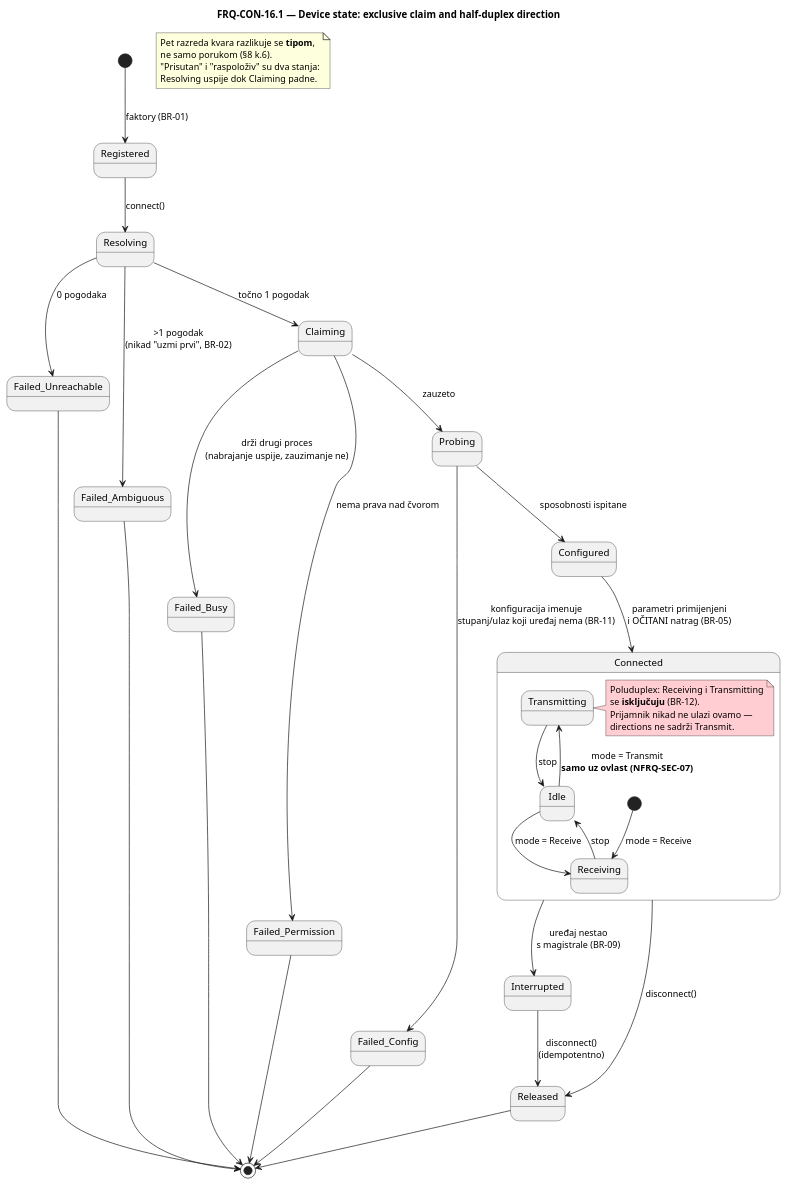
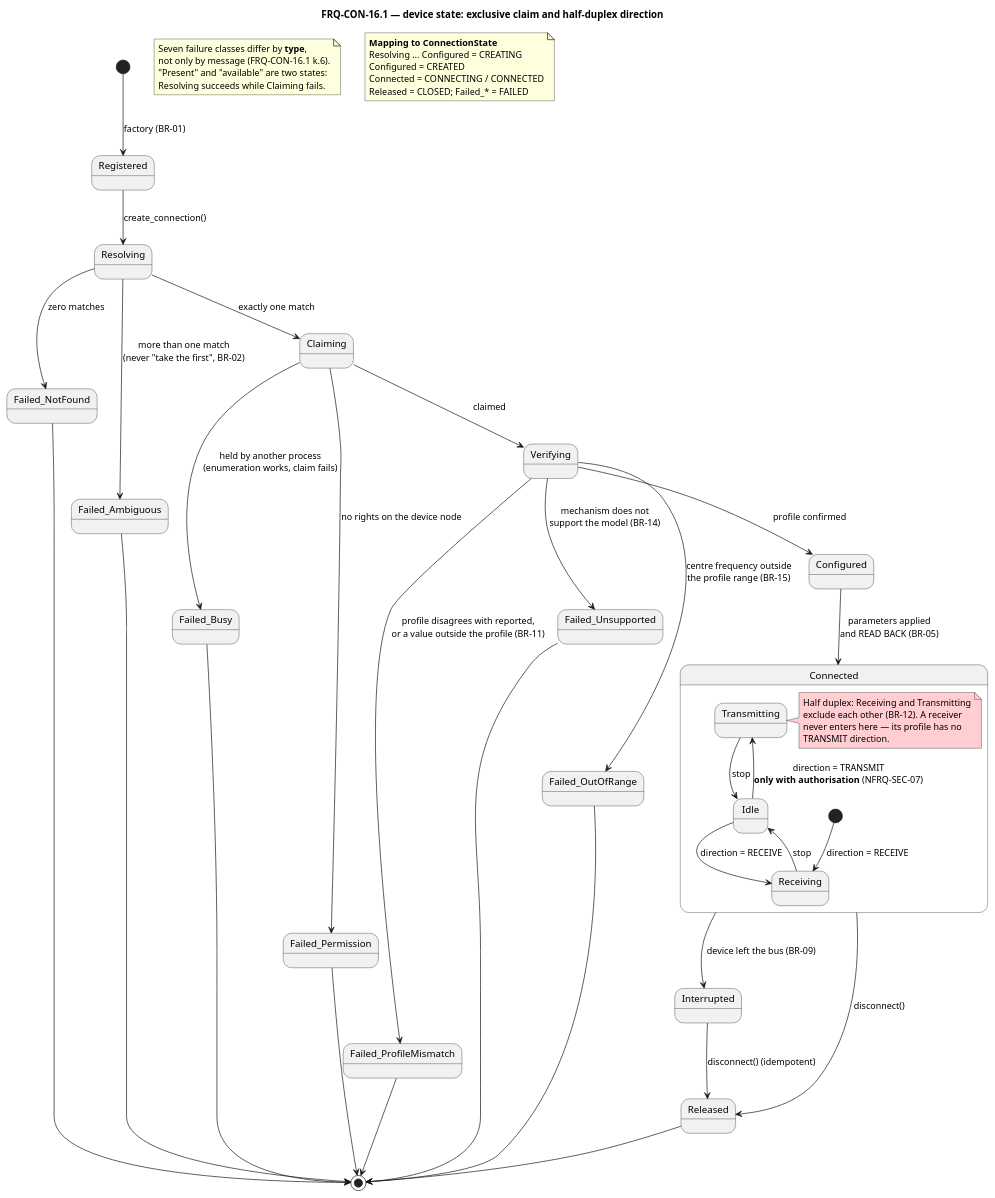
One commit to wattleflow/documentation changed the diagram in 02-FRQ/FRQ-CON-16.1-device-state.puml. Above: the diagram before and after it, drawn with PlantUML. The commit also changed 26 other files, not shown here.

```diff
--- a/02-FRQ/FRQ-CON-16.1-device-state.puml
+++ b/02-FRQ/FRQ-CON-16.1-device-state.puml
@@ -1,56 +1,68 @@
 @startuml FRQ-CON-16.1-device-state
 ' Stanje uređaja — zauzeće i smjer.
 ' Gledište: ponašanje. Publika: implementator, tester.
 ' Prikaz, ne izvor istine (D-13) — izvor je FRQ-CON-16.1 §5–§6.
-title FRQ-CON-16.1 — Device state: exclusive claim and half-duplex direction
+' Preslikavanje na ConnectionState temeljne konekcije je u bilješci N2.
+title FRQ-CON-16.1 — device state: exclusive claim and half-duplex direction
 
-[*] --> Registered : faktory (BR-01)
+[*] --> Registered : factory (BR-01)
 
-Registered --> Resolving : connect()
-Resolving --> Failed_Unreachable : 0 pogodaka
-Resolving --> Failed_Ambiguous   : >1 pogodak\n(nikad "uzmi prvi", BR-02)
-Resolving --> Claiming           : točno 1 pogodak
+Registered --> Resolving : create_connection()
+Resolving --> Failed_NotFound : zero matches
+Resolving --> Failed_Ambiguous : more than one match\n(never "take the first", BR-02)
+Resolving --> Claiming : exactly one match
 
-Claiming --> Failed_Busy       : drži drugi proces\n(nabrajanje uspije, zauzimanje ne)
-Claiming --> Failed_Permission : nema prava nad čvorom
-Claiming --> Probing           : zauzeto
+Claiming --> Failed_Busy : held by another process\n(enumeration works, claim fails)
+Claiming --> Failed_Permission : no rights on the device node
+Claiming --> Verifying : claimed
 
-Probing --> Failed_Config : konfiguracija imenuje\nstupanj/ulaz koji uređaj nema (BR-11)
-Probing --> Configured    : sposobnosti ispitane
+Verifying --> Failed_ProfileMismatch : profile disagrees with reported,\nor a value outside the profile (BR-11)
+Verifying --> Failed_Unsupported : mechanism does not\nsupport the model (BR-14)
+Verifying --> Failed_OutOfRange : centre frequency outside\nthe profile range (BR-15)
+Verifying --> Configured : profile confirmed
 
-Configured --> Connected : parametri primijenjeni\ni OČITANI natrag (BR-05)
+Configured --> Connected : parameters applied\nand READ BACK (BR-05)
 
 state Connected {
-  [*] --> Receiving : mode = Receive
+  [*] --> Receiving : direction = RECEIVE
   Receiving --> Idle : stop
-  Idle --> Receiving : mode = Receive
-  Idle --> Transmitting : mode = Transmit\n**samo uz ovlast (NFRQ-SEC-07)**
+  Idle --> Receiving : direction = RECEIVE
+  Idle --> Transmitting : direction = TRANSMIT\n<b>only with authorisation</b> (NFRQ-SEC-07)
   Transmitting --> Idle : stop
 
   note right of Transmitting #FFCDD2
-    Poluduplex: Receiving i Transmitting
-    se **isključuju** (BR-12).
-    Prijamnik nikad ne ulazi ovamo —
-    directions ne sadrži Transmit.
+    Half duplex: Receiving and Transmitting
+    exclude each other (BR-12). A receiver
+    never enters here — its profile has no
+    TRANSMIT direction.
   end note
 }
 
-Connected --> Interrupted : uređaj nestao\ns magistrale (BR-09)
+Connected --> Interrupted : device left the bus (BR-09)
 Connected --> Released : disconnect()
-Interrupted --> Released : disconnect()\n(idempotentno)
+Interrupted --> Released : disconnect() (idempotent)
 Released --> [*]
 
-Failed_Unreachable --> [*]
+Failed_NotFound --> [*]
 Failed_Ambiguous --> [*]
 Failed_Busy --> [*]
 Failed_Permission --> [*]
-Failed_Config --> [*]
+Failed_ProfileMismatch --> [*]
+Failed_Unsupported --> [*]
+Failed_OutOfRange --> [*]
 
 note as N1
-  Pet razreda kvara razlikuje se **tipom**,
-  ne samo porukom (§8 k.6).
-  "Prisutan" i "raspoloživ" su dva stanja:
-  Resolving uspije dok Claiming padne.
+  Seven failure classes differ by <b>type</b>,
+  not only by message (FRQ-CON-16.1 k.6).
+  "Present" and "available" are two states:
+  Resolving succeeds while Claiming fails.
 end note
 
+note as N2
+  <b>Mapping to ConnectionState</b>
+  Resolving … Configured = CREATING
+  Configured = CREATED
+  Connected = CONNECTING / CONNECTED
+  Released = CLOSED; Failed_* = FAILED
+end note
 @enduml
```
